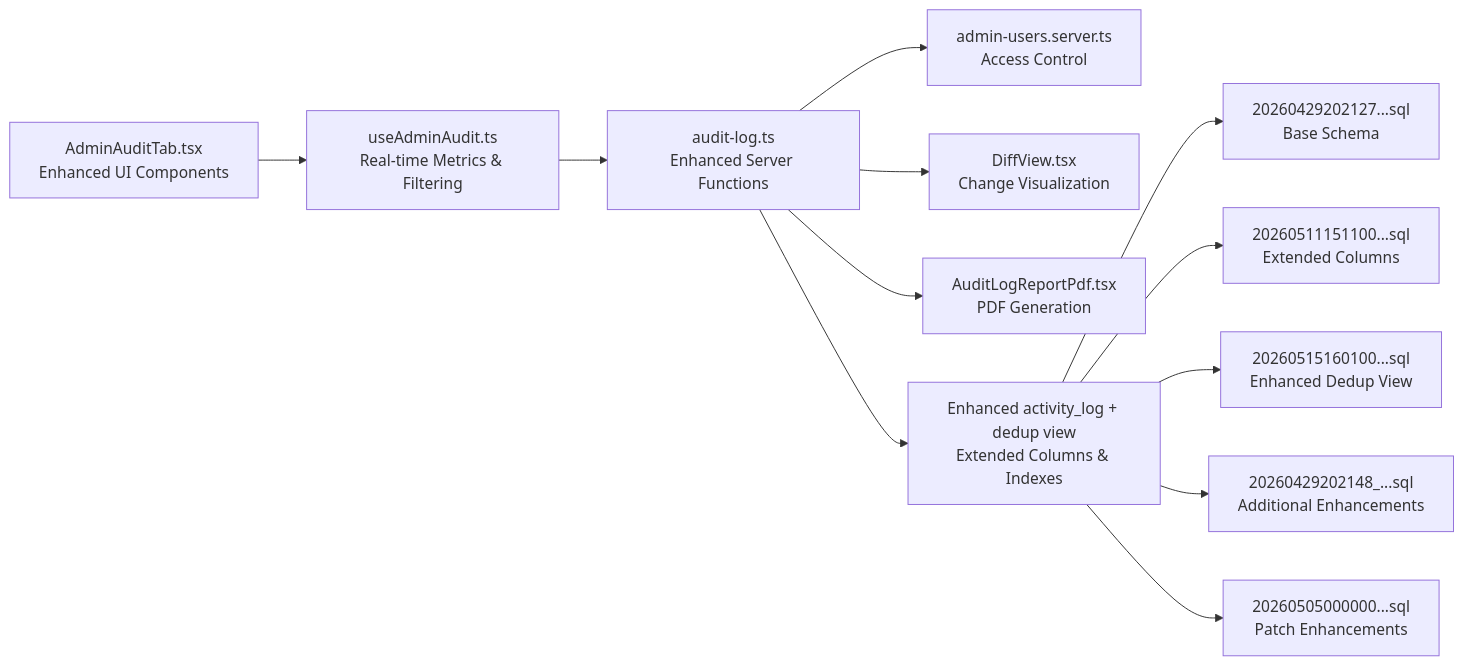
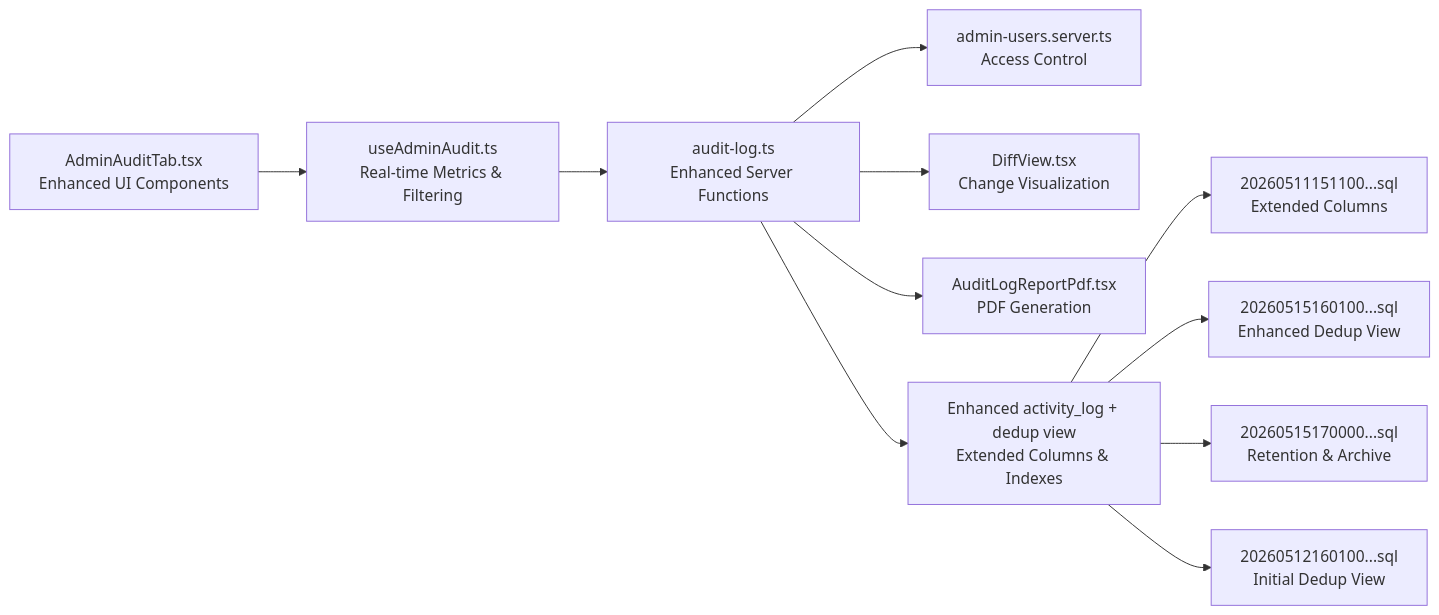
Diagram 13 of 13 in .qoder/repowiki/en/content/Administrative Features/Audit Logging System.md (gastaldellomarco/pcReady), drawn with Mermaid before and after one commit. The commit also changed other lines of this file and 8 other files, not shown here.

````diff
--- a/.qoder/repowiki/en/content/Administrative Features/Audit Logging System.md
+++ b/.qoder/repowiki/en/content/Administrative Features/Audit Logging System.md
@@ -576,14 +642,13 @@
 ```mermaid
 graph LR
 UI["AdminAuditTab.tsx<br/>Enhanced UI Components"] --> HOOK["useAdminAudit.ts<br/>Real-time Metrics & Filtering"]
 HOOK --> SRV["audit-log.ts<br/>Enhanced Server Functions"]
 SRV --> SEC["admin-users.server.ts<br/>Access Control"]
 SRV --> DIFF["DiffView.tsx<br/>Change Visualization"]
 SRV --> PDF["AuditLogReportPdf.tsx<br/>PDF Generation"]
 SRV --> DB["Enhanced activity_log + dedup view<br/>Extended Columns & Indexes"]
-DB --> MIG1["20260429202127...sql<br/>Base Schema"]
-DB --> MIG2["20260511151100...sql<br/>Extended Columns"]
-DB --> MIG3["20260515160100...sql<br/>Enhanced Dedup View"]
-DB --> MIG4["20260429202148_...sql<br/>Additional Enhancements"]
-DB --> MIG5["20260505000000...sql<br/>Patch Enhancements"]
+DB --> MIG1["20260511151100...sql<br/>Extended Columns"]
+DB --> MIG2["20260515160100...sql<br/>Enhanced Dedup View"]
+DB --> MIG3["20260515170000...sql<br/>Retention & Archive"]
+DB --> MIG4["20260512160100...sql<br/>Initial Dedup View"]
 ```
````
